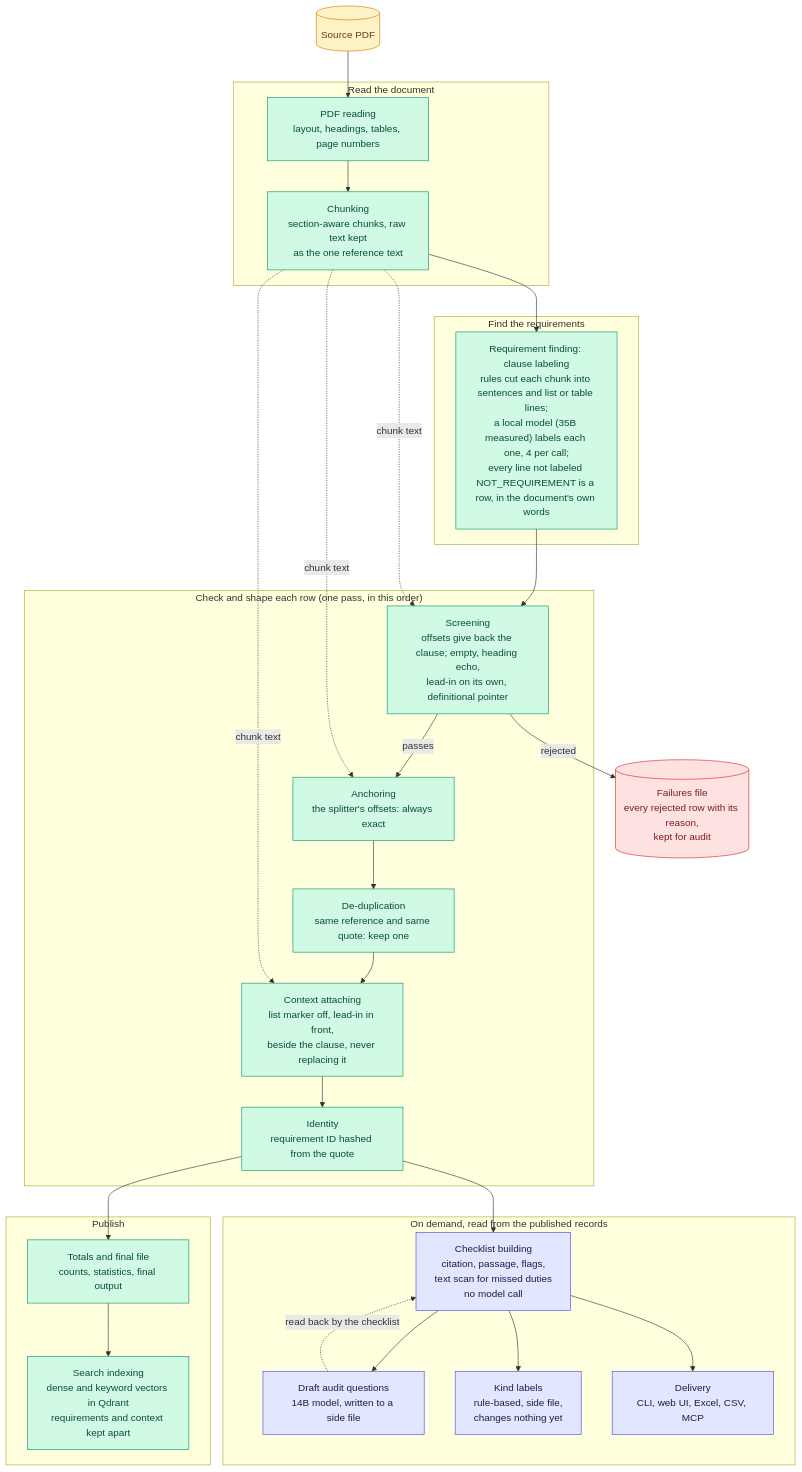
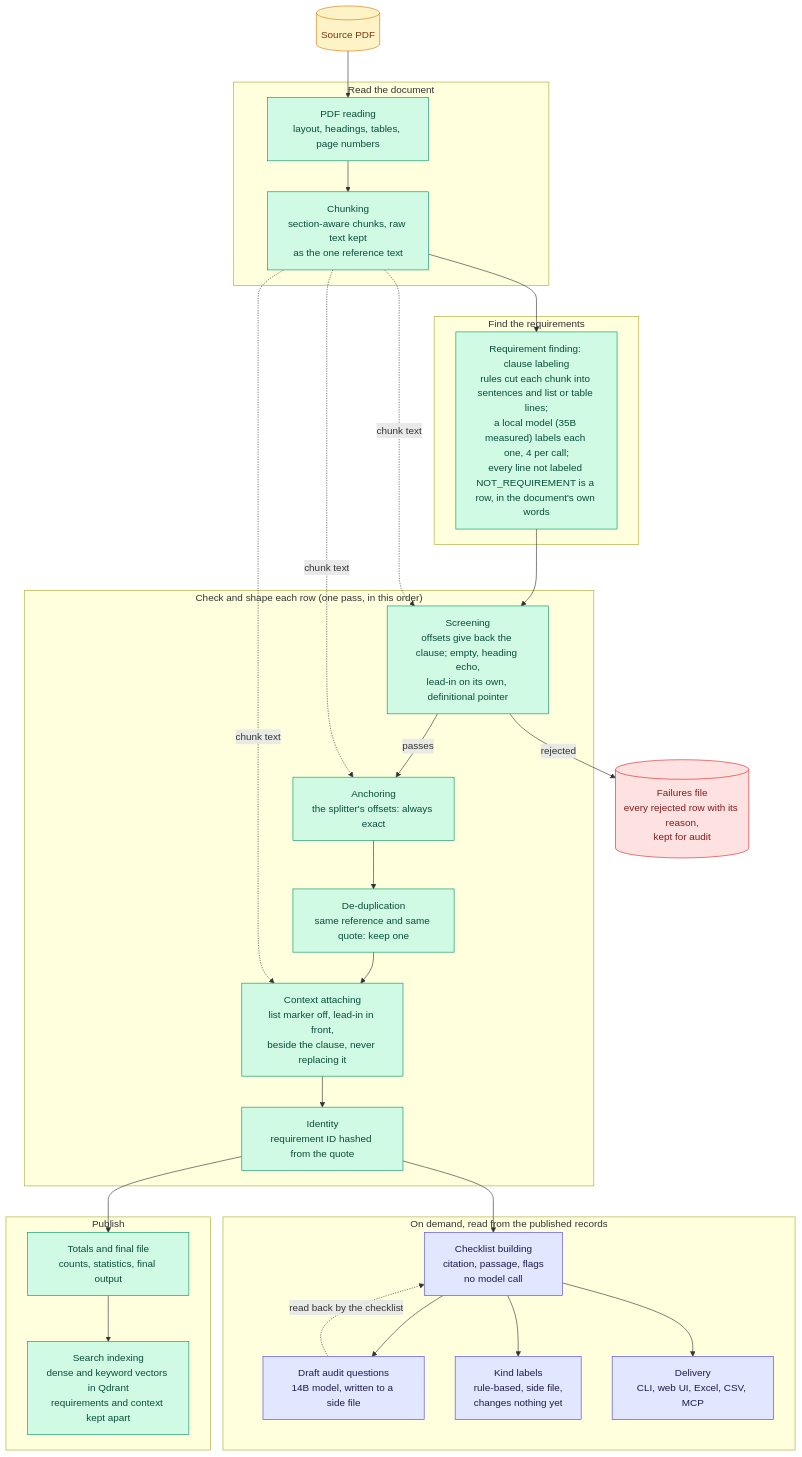
One commit to TylerGRClark/ReqBot changed the diagram in docs/diagrams/00_overview.md. Above: the diagram before and after it, drawn with Mermaid. The commit also changed 26 other files, not shown here.

First line of the commit message:
refactor(checklist): remove the rule-based text scan (#366)

````diff
--- a/docs/diagrams/00_overview.md
+++ b/docs/diagrams/00_overview.md
@@ -5,64 +5,64 @@
 ```mermaid
 flowchart TD
     PDF[("Source PDF")]
 
     subgraph READ["Read the document"]
         R1["PDF reading<br/>layout, headings, tables, page numbers"]
         R2["Chunking<br/>section-aware chunks, raw text kept<br/>as the one reference text"]
     end
 
     subgraph FIND["Find the requirements"]
         F1["Requirement finding: clause labeling<br/>rules cut each chunk into sentences and list or table lines;<br/>a local model (35B measured) labels each one, 4 per call;<br/>every line not labeled NOT_REQUIREMENT is a row, in the document's own words"]
     end
 
     subgraph SHAPE["Check and shape each row (one pass, in this order)"]
         S1["Screening<br/>offsets give back the clause; empty, heading echo,<br/>lead-in on its own, definitional pointer"]
         S2["Anchoring<br/>the splitter's offsets: always exact"]
         S3["De-duplication<br/>same reference and same quote: keep one"]
         S4["Context attaching<br/>list marker off, lead-in in front,<br/>beside the clause, never replacing it"]
         S5["Identity<br/>requirement ID hashed from the quote"]
     end
 
     FAIL[("Failures file<br/>every rejected row with its reason,<br/>kept for audit")]
 
     subgraph PUBLISH["Publish"]
         P1["Totals and final file<br/>counts, statistics, final output"]
         P2["Search indexing<br/>dense and keyword vectors in Qdrant<br/>requirements and context kept apart"]
     end
 
     subgraph DEMAND["On demand, read from the published records"]
-        K1["Checklist building<br/>citation, passage, flags,<br/>text scan for missed duties<br/>no model call"]
+        K1["Checklist building<br/>citation, passage, flags<br/>no model call"]
         K2["Draft audit questions<br/>14B model, written to a side file"]
         K3["Kind labels<br/>rule-based, side file,<br/>changes nothing yet"]
         K4["Delivery<br/>CLI, web UI, Excel, CSV, MCP"]
     end
 
     PDF --> R1
     R1 --> R2
     R2 --> F1
     F1 --> S1
     S1 -->|"rejected"| FAIL
     S1 -->|"passes"| S2
     S2 --> S3
     S3 --> S4
     S4 --> S5
     S5 --> P1
     P1 --> P2
     R2 -.->|"chunk text"| S1
     R2 -.->|"chunk text"| S2
     R2 -.->|"chunk text"| S4
     S5 --> K1
     K1 --> K2
     K2 -.->|"read back by the checklist"| K1
     K1 --> K3
     K1 --> K4
 
     classDef built fill:#d1fae5,stroke:#059669,color:#064e3b;
     classDef fail fill:#fee2e2,stroke:#dc2626,color:#7f1d1d;
     classDef data fill:#fef3c7,stroke:#d97706,color:#78350f;
     classDef demand fill:#e0e7ff,stroke:#4f46e5,color:#1e1b4b;
     class R1,R2,F1,S1,S2,S3,S4,S5,P1,P2 built;
     class FAIL fail;
     class PDF data;
     class K1,K2,K3,K4 demand;
 ```
````
